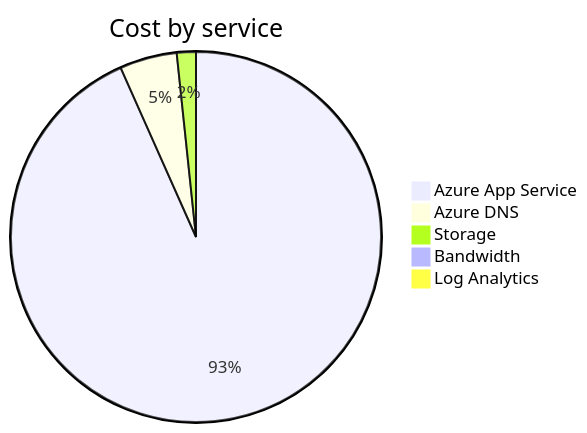
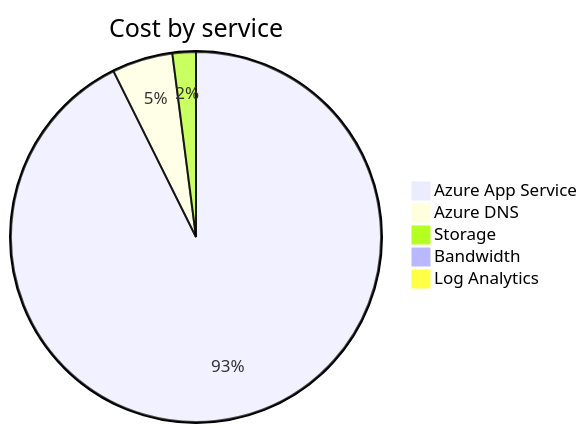
Before and after one commit to jpfulton/azure-personal-reports: the second of 4 diagrams in cost-reports/accumulated-cost.md, drawn with Mermaid. The commit also changed other lines of this file and 4 other files, not shown here.

````diff
--- a/cost-reports/accumulated-cost.md
+++ b/cost-reports/accumulated-cost.md
@@ -97,9 +97,9 @@
 ```mermaid
 pie
    title Cost by service
-   "Azure App Service" : 1.68
-   "Azure DNS" : 0.09
-   "Storage" : 0.03
+   "Azure App Service" : 2.27
+   "Azure DNS" : 0.13
+   "Storage" : 0.05
    "Bandwidth" : 0.00
    "Log Analytics" : 0.00
 ```
````
